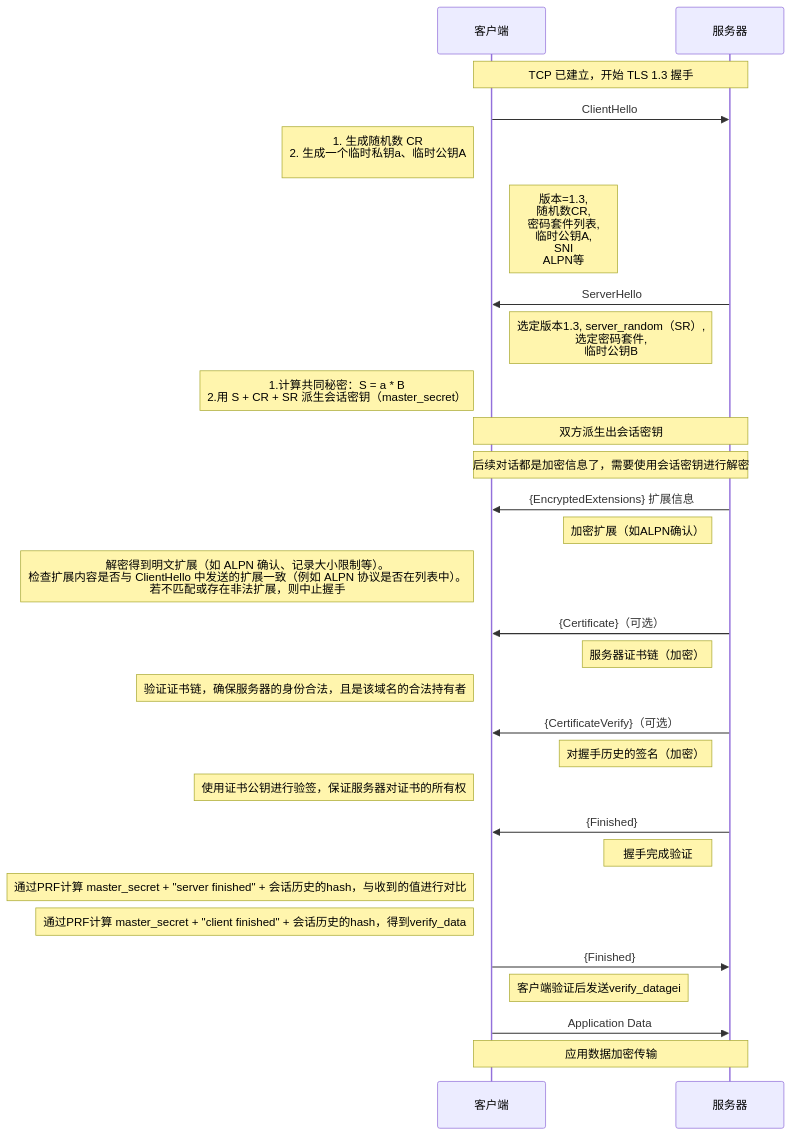
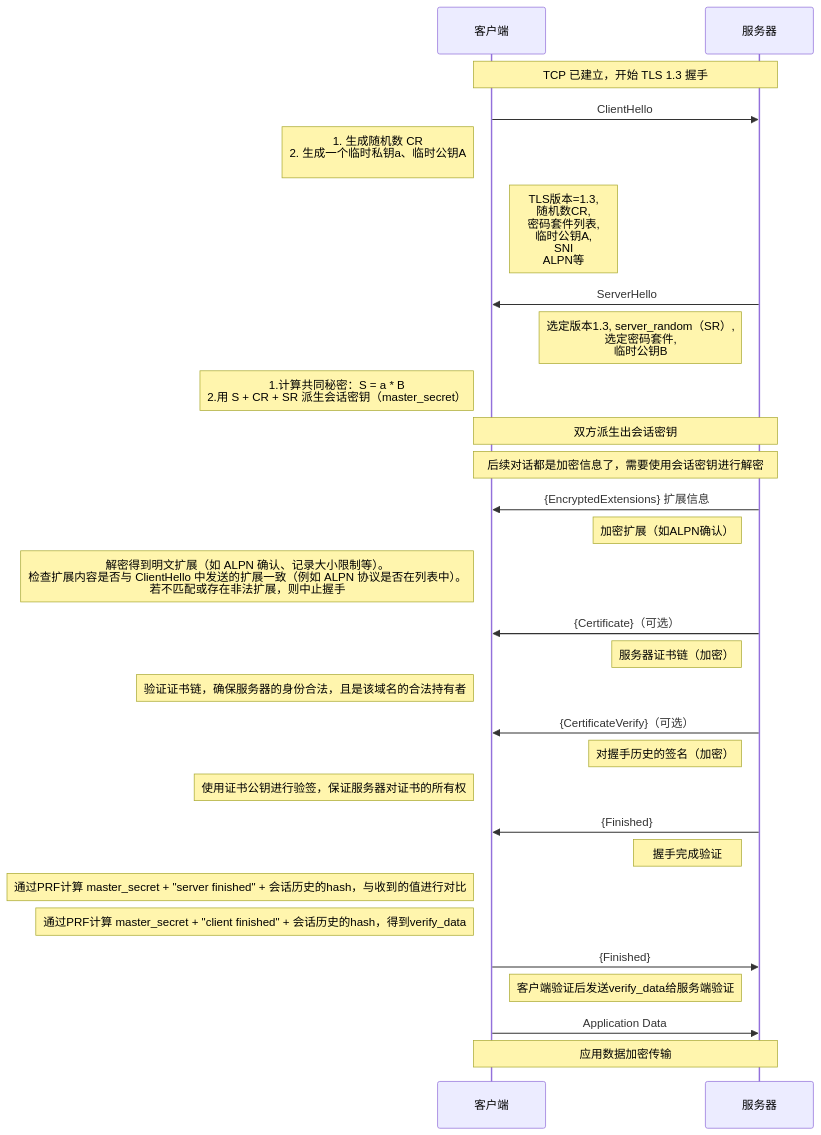
One commit to HY-10-8/iodraw-files changed the diagram in all/TLS-1.3-通用.md. Above: the diagram before and after it, drawn with Mermaid.

Commit message:
2026-03-31 09:30:01 update

````diff
--- a/all/TLS-1.3-通用.md
+++ b/all/TLS-1.3-通用.md
@@ -1,41 +1,41 @@
 ```mermaid
 sequenceDiagram
     participant C as 客户端
     participant S as 服务器
 
     Note over C,S: TCP 已建立，开始 TLS 1.3 握手
 
     C->>S: ClientHello
     Note left of C: 1. 生成随机数 CR<br/> 2. 生成一个临时私钥a、临时公钥A<br/>
-    Note right of C: 版本=1.3,<br/> 随机数CR,<br/> 密码套件列表,<br/> 临时公钥A,<br/> SNI<br/> ALPN等
+    Note right of C: TLS版本=1.3,<br/> 随机数CR,<br/> 密码套件列表,<br/> 临时公钥A,<br/> SNI<br/> ALPN等
 
     S->>C: ServerHello
     Note left of S: 选定版本1.3, server_random（SR）,<br/> 选定密码套件, <br/>临时公钥B
     Note left of C: 1.计算共同秘密：S = a * B<br/> 2.用 S + CR + SR 派生会话密钥（master_secret）
 
     Note over C,S: 双方派生出会话密钥
     Note over C,S: 后续对话都是加密信息了，需要使用会话密钥进行解密
 
     S->>C: {EncryptedExtensions} 扩展信息
     Note left of S: 加密扩展（如ALPN确认）
     Note left of C: 解密得到明文扩展（如 ALPN 确认、记录大小限制等）。<br/>检查扩展内容是否与 ClientHello 中发送的扩展一致（例如 ALPN 协议是否在列表中）。<br/> 若不匹配或存在非法扩展，则中止握手
 
     S->>C: {Certificate}（可选）
     Note left of S: 服务器证书链（加密）
     Note left of C: 验证证书链，确保服务器的身份合法，且是该域名的合法持有者
 
     S->>C: {CertificateVerify}（可选）
     Note left of S: 对握手历史的签名（加密）
     Note left of C: 使用证书公钥进行验签，保证服务器对证书的所有权
 
     S->>C: {Finished}
     Note left of S: 握手完成验证
     Note left of C: 通过PRF计算 master_secret + "server finished" + 会话历史的hash，与收到的值进行对比
     Note left of C: 通过PRF计算 master_secret + "client finished" + 会话历史的hash，得到verify_data
 
     C->>S: {Finished}
-    Note right of C: 客户端验证后发送verify_datagei
+    Note right of C: 客户端验证后发送verify_data给服务端验证
 
     C->>S: Application Data
     Note over C,S: 应用数据加密传输
 ```
````
